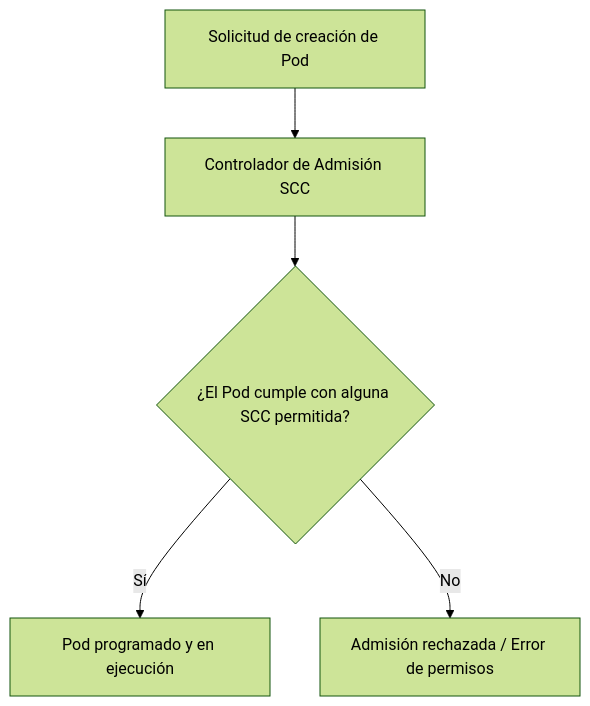
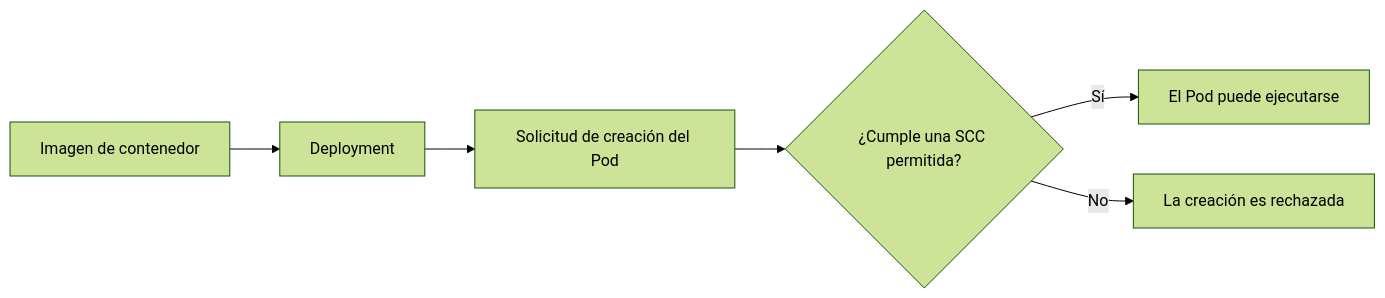
The first of 3 diagrams in docs/sesion2/2.6 Politicas de Seguridad.md (ieftraining/curso-openshift), drawn with Mermaid (forest theme) before and after one commit. The commit also changed other lines of this file, not shown here.

````diff
--- a/docs/sesion2/2.6 Politicas de Seguridad.md
+++ b/docs/sesion2/2.6 Politicas de Seguridad.md
@@ -22,7 +27,8 @@
 ```mermaid
-flowchart TD
-    A[Solicitud de creación de Pod] --> B[Controlador de Admisión SCC]
-    B --> C{¿El Pod cumple con alguna SCC permitida?}
-    C -- Sí --> D[Pod programado y en ejecución]
-    C -- No --> E[Admisión rechazada / Error de permisos]
+flowchart LR
+    I[Imagen de contenedor] --> D[Deployment]
+    D --> P[Solicitud de creación del Pod]
+    P --> S{¿Cumple una SCC permitida?}
+    S -->|Sí| E[El Pod puede ejecutarse]
+    S -->|No| R[La creación es rechazada]
 ```
````
